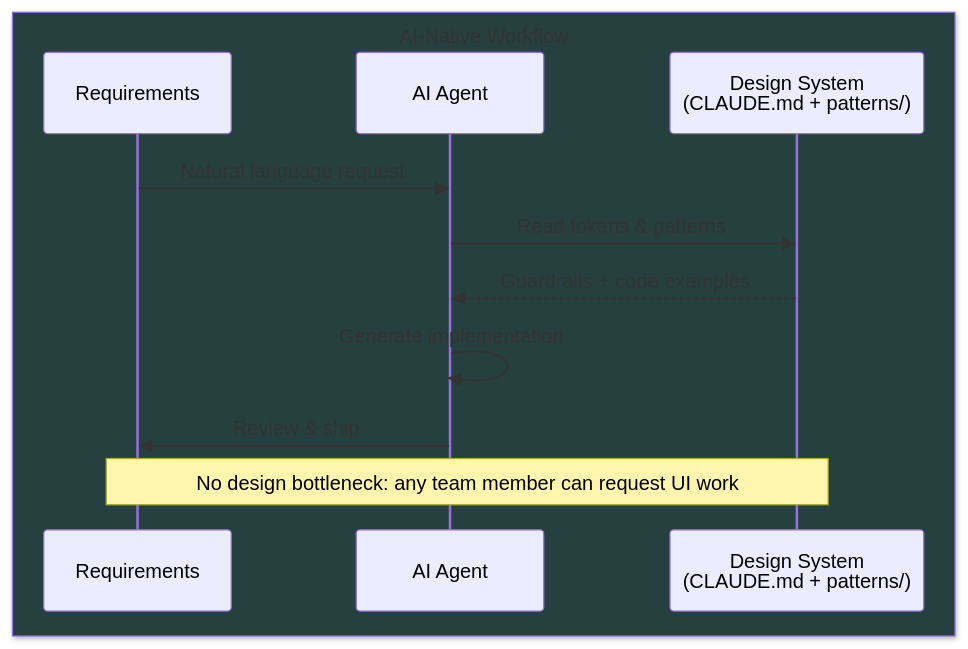
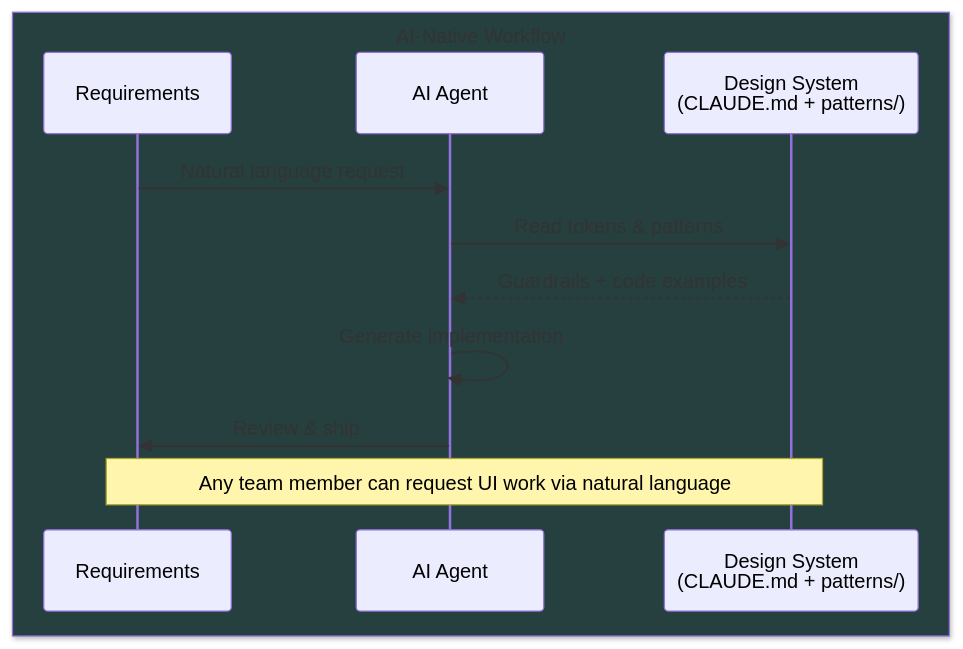
The first of 2 diagrams in README.md (YutoNakano/torico-design-system), drawn with Mermaid before and after one commit. The commit also changed other lines of this file, not shown here.

First line of the commit message:
Simplify README UML diagrams to focus on AI-native workflow

````diff
--- a/README.md
+++ b/README.md
@@ -265,15 +249,15 @@
 ```mermaid
 sequenceDiagram
     box rgb(38,64,64) AI-Native Workflow
     participant R as Requirements
     participant AI as AI Agent
     participant DS as Design System<br/>(CLAUDE.md + patterns/)
     end
 
     R->>AI: Natural language request
     AI->>DS: Read tokens & patterns
     DS-->>AI: Guardrails + code examples
     AI->>AI: Generate implementation
     AI->>R: Review & ship
-    Note over R,DS: No design bottleneck: any team member can request UI work
+    Note over R,DS: Any team member can request UI work via natural language
 ```
````
